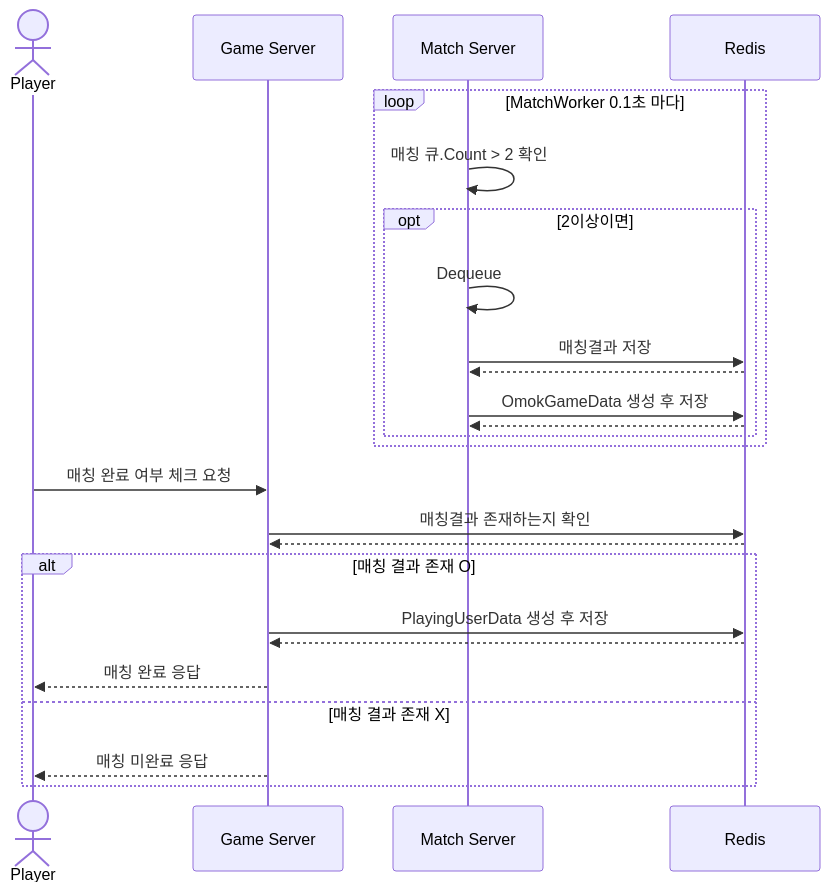
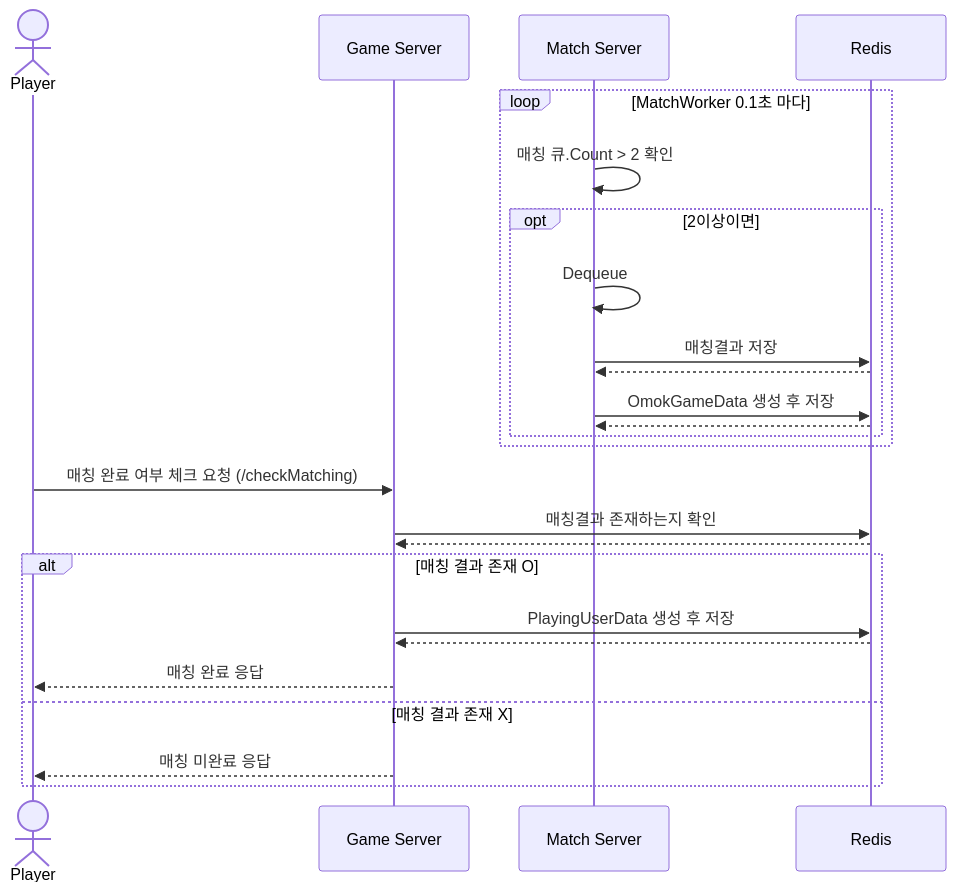
The second of 2 diagrams in SequenceDiagram/Match.md (yujinS0/Omok-Game), drawn with Mermaid before and after one commit. The commit also changed other lines of this file, not shown here.

````diff
--- a/SequenceDiagram/Match.md
+++ b/SequenceDiagram/Match.md
@@ -30,32 +30,32 @@
 ```mermaid
 sequenceDiagram
 	actor P as Player
 	participant G as Game Server
 	participant M as Match Server
 	participant R as Redis
 
 	loop MatchWorker 0.1초 마다
 		M->>M: 매칭 큐.Count > 2 확인
 			opt 2이상이면
 				M->>M: Dequeue
 				M->>R: 매칭결과 저장
 				R-->>M: 
 				M->>R: OmokGameData 생성 후 저장
 				R-->>M: 
 			end
 	end
 
-	P->>G: 매칭 완료 여부 체크 요청
+	P->>G: 매칭 완료 여부 체크 요청 (/checkMatching)
 	G->>R: 매칭결과 존재하는지 확인
 	R-->>G: 
 	alt 매칭 결과 존재 O
 		G->>R: PlayingUserData 생성 후 저장
 		R-->>G:  
 
 		G-->>P: 매칭 완료 응답
 	
 	else 매칭 결과 존재 X
 		G-->>P: 매칭 미완료 응답
 	end
 
 ```
````
